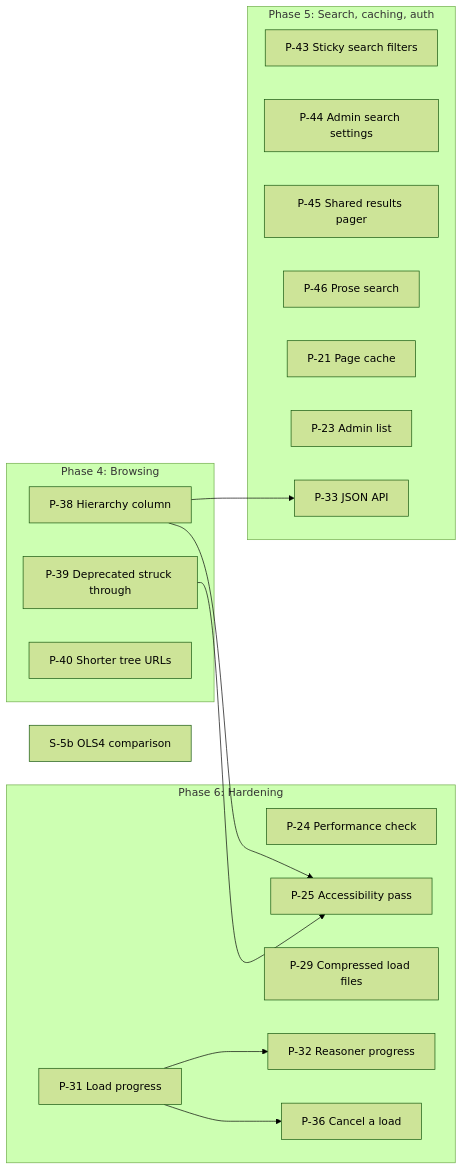
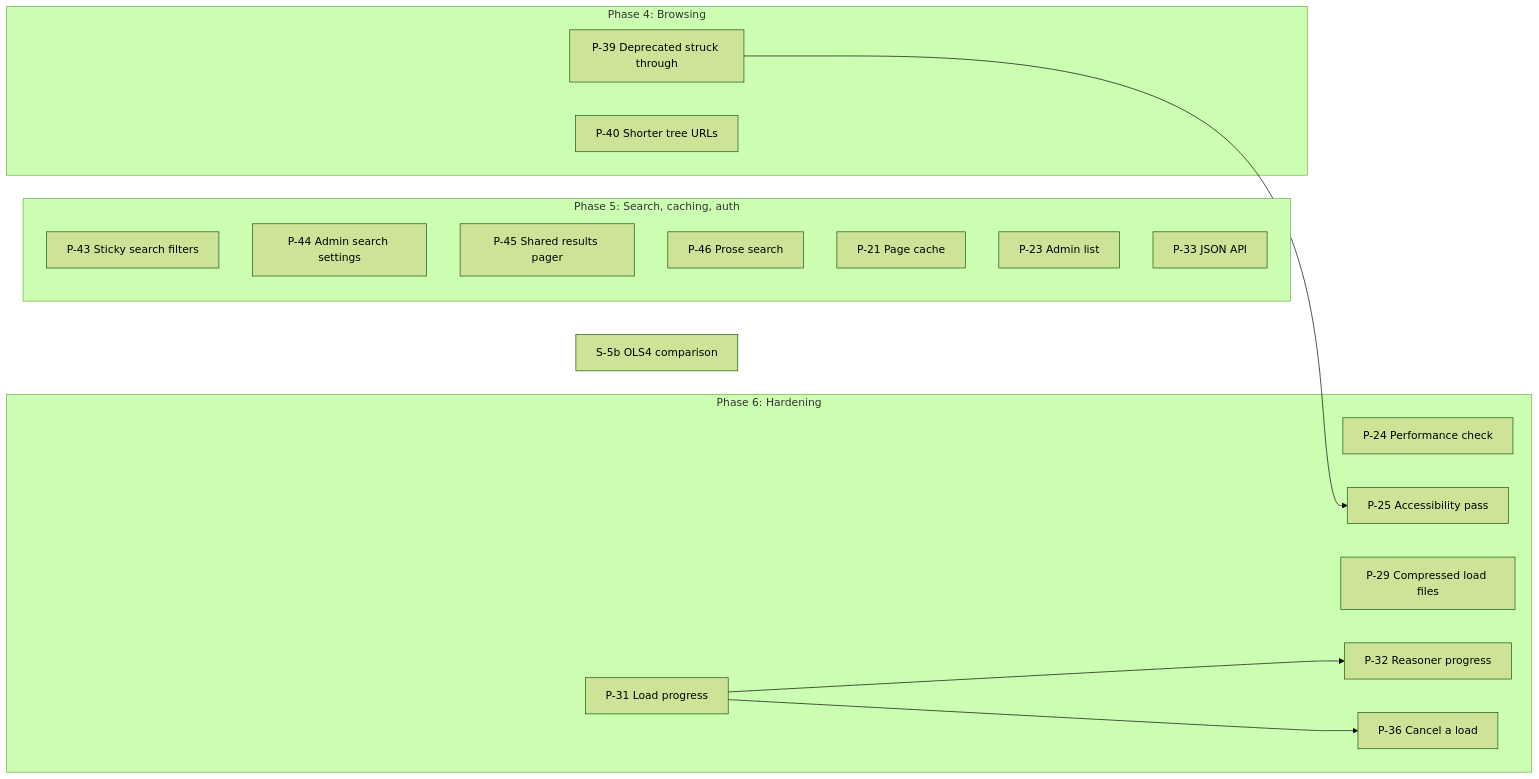
Before and after one commit to jclerman/browl: the diagram in docs/DESIGN.md, drawn with Mermaid (forest theme). The commit also changed other lines of this file, not shown here.

Commit message:
DESIGN.md: mark P-38 done and drop it from the remaining-work graph

````diff
--- a/docs/DESIGN.md
+++ b/docs/DESIGN.md
@@ -2115,31 +2115,29 @@
 ```mermaid
 flowchart LR
     subgraph P4["Phase 4: Browsing"]
-        P38["P-38 Hierarchy column"]
         P39["P-39 Deprecated struck through"]
         P40["P-40 Shorter tree URLs"]
     end
     subgraph P5["Phase 5: Search, caching, auth"]
         P43["P-43 Sticky search filters"]
         P44["P-44 Admin search settings"]
         P45["P-45 Shared results pager"]
         P46["P-46 Prose search"]
         P21["P-21 Page cache"]
         P23["P-23 Admin list"]
         P33["P-33 JSON API"]
     end
     subgraph P6["Phase 6: Hardening"]
         P24["P-24 Performance check"]
         P25["P-25 Accessibility pass"]
         P29["P-29 Compressed load files"]
         P31["P-31 Load progress"]
         P32["P-32 Reasoner progress"]
         P36["P-36 Cancel a load"]
     end
     S5b["S-5b OLS4 comparison"]
 
-    P38 --> P33
-    P38 & P39 --> P25
+    P39 --> P25
     P31 --> P36
     P31 --> P32
 ```
````
